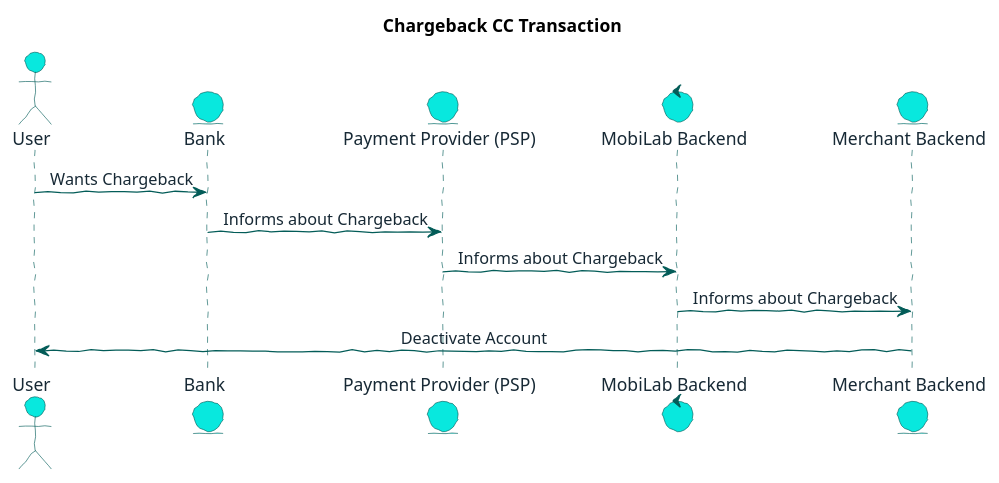
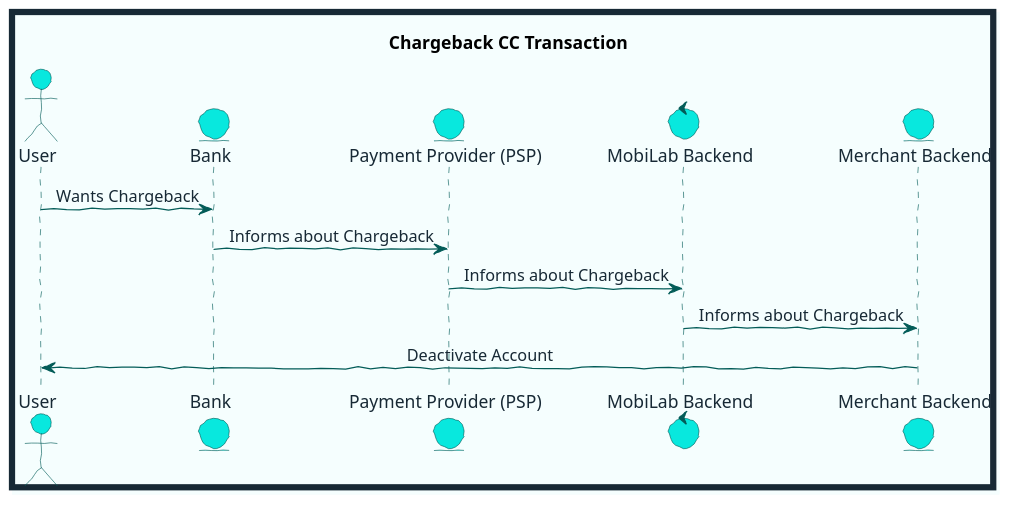
The diagram in diagrams/src/chargeback_cc.wsd (mobilabsolutions/stash-sdk-wiki), drawn with PlantUML before and after one commit. The commit also changed 13 other files, not shown here.

```diff
--- a/diagrams/src/chargeback_cc.wsd
+++ b/diagrams/src/chargeback_cc.wsd
@@ -1,39 +1,42 @@
 @startuml
 
 skinparam handwritten true
 skinparam sequenceMessageAlign center
 skinparam ActorBackgroundColor #08E8DE
 skinparam ActorBorderColor #035C58
 skinparam ActorFontColor #172935
 skinparam ActorFontName Raleway
 skinparam ArrowColor #035C58
 skinparam ArrowFontColor #172935
 skinparam ArrowFontName Raleway
+skinparam BackgroundColor #F5FEFE
 skinparam ControlBackgroundColor #08E8DE
 skinparam ControlBorderColor #035C58
 skinparam ControlFontColor #172935
 skinparam ControlFontName Raleway
+skinparam DiagramBorderColor #172935
+skinparam DiagramBorderThickness 5
 skinparam EntityBackgroundColor #08E8DE
 skinparam EntityBorderColor #035C58
 skinparam EntityFontColor #172935
 skinparam EntityFontName Raleway
 skinparam SequenceLifeLineBorderColor #035C58
 skinparam SequenceTitleFontColor #172935
 skinparam SequenceTitleFontName Raleway
 skinparam SequenceTitleFontSize 25
 
 title Chargeback CC Transaction
 
 actor "User" as User
 entity "Bank" as Bank
 entity "Payment Provider (PSP)" as PSP
 control "MobiLab Backend" as MBE
 entity "Merchant Backend" as MEC
 
 User -> Bank: Wants Chargeback
 Bank -> PSP: Informs about Chargeback
 PSP -> MBE: Informs about Chargeback
 MBE -> MEC: Informs about Chargeback
 MEC -> User: Deactivate Account
 
 @enduml
```
